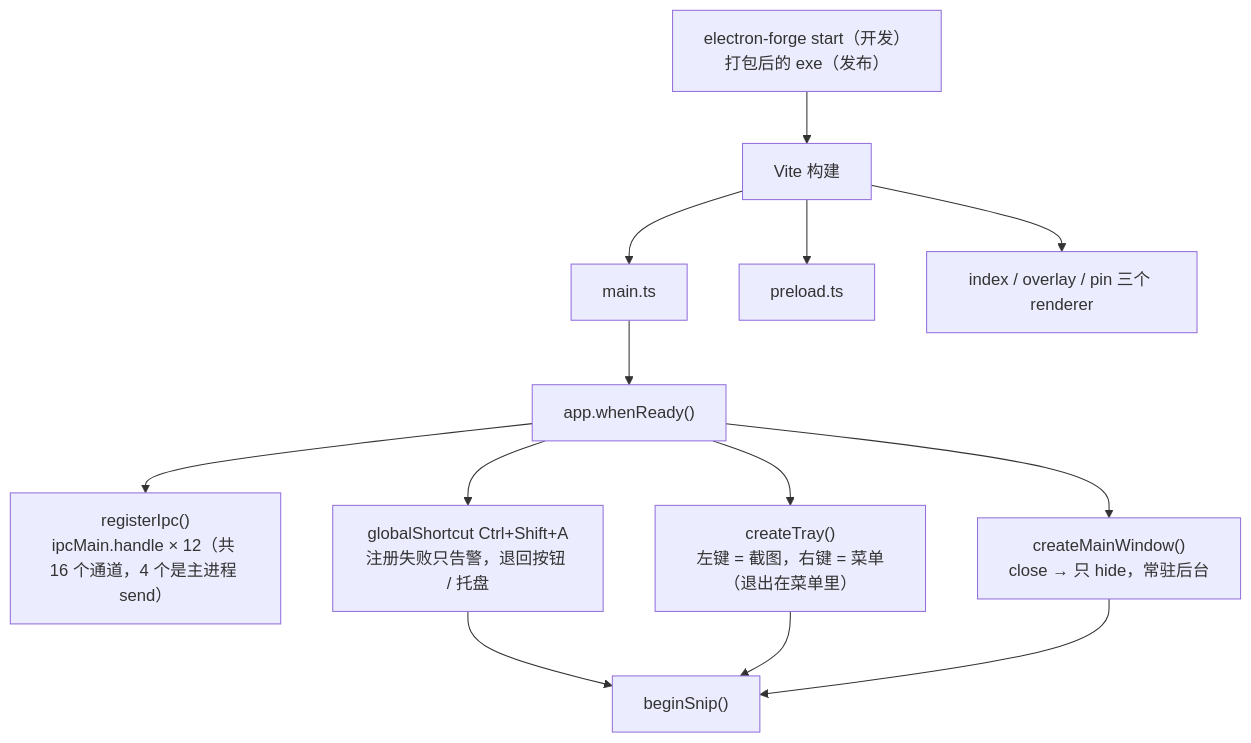
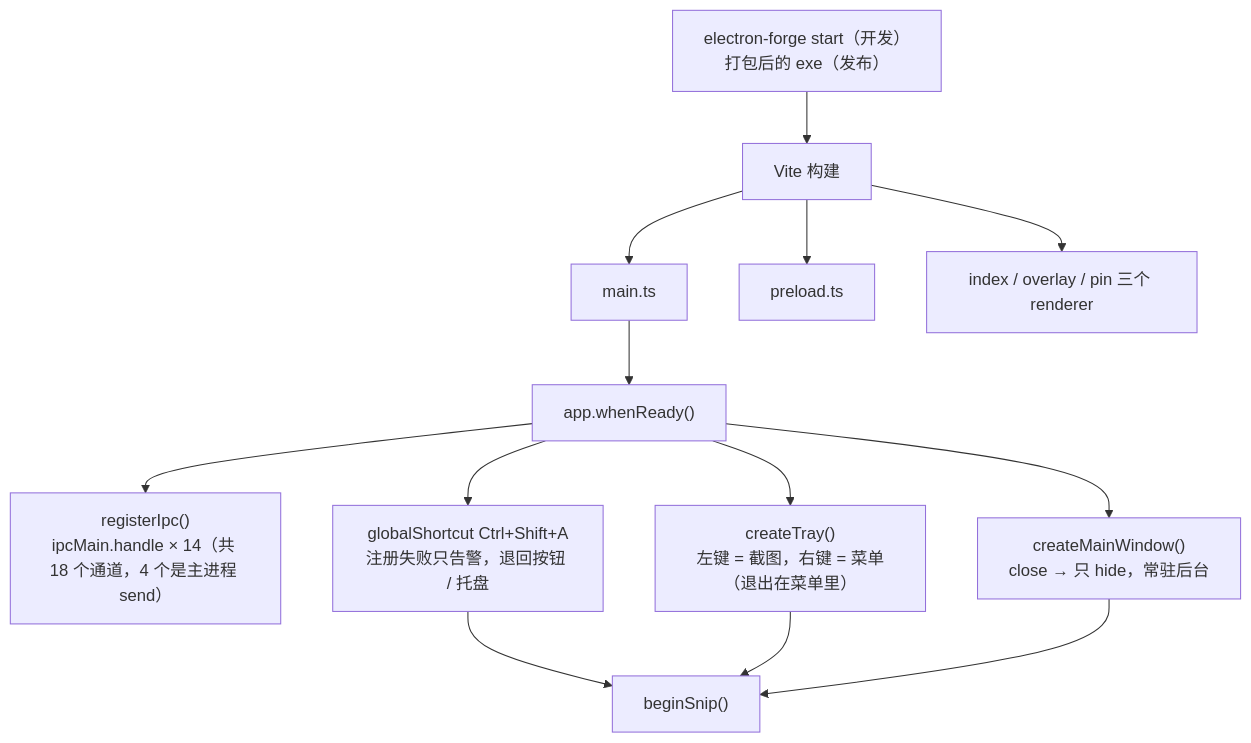
The second of 4 diagrams in docs/architecture.md (dsjerry/screenshots-demo), drawn with Mermaid before and after one commit. The commit also changed other lines of this file and 3 other files, not shown here.

````diff
--- a/docs/architecture.md
+++ b/docs/architecture.md
@@ -79,17 +79,17 @@
 ```mermaid
 flowchart TD
     A["electron-forge start（开发）<br/>打包后的 exe（发布）"] --> B["Vite 构建"]
     B --> B1["main.ts"]
     B --> B2["preload.ts"]
     B --> B3["index / overlay / pin 三个 renderer"]
 
     B1 --> C["app.whenReady()"]
-    C --> D["registerIpc()<br/>ipcMain.handle × 12（共 16 个通道，4 个是主进程 send）"]
+    C --> D["registerIpc()<br/>ipcMain.handle × 14（共 18 个通道，4 个是主进程 send）"]
     C --> E["createMainWindow()<br/>close → 只 hide，常驻后台"]
     C --> F["createTray()<br/>左键 = 截图，右键 = 菜单（退出在菜单里）"]
     C --> G["globalShortcut Ctrl+Shift+A<br/>注册失败只告警，退回按钮 / 托盘"]
 
     G --> H["beginSnip()"]
     F --> H
     E --> H
 ```
````
